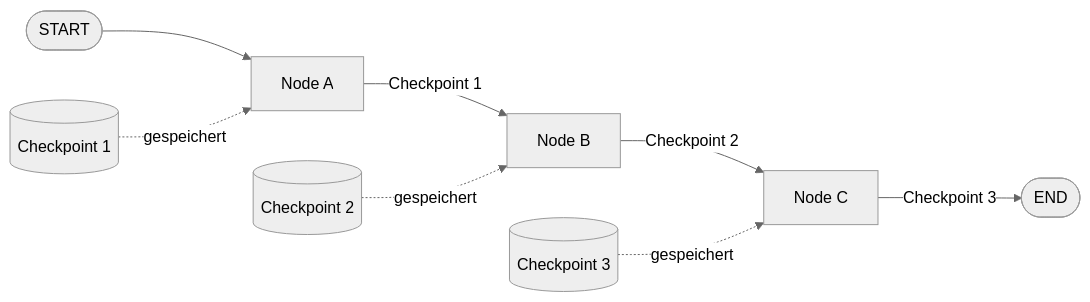
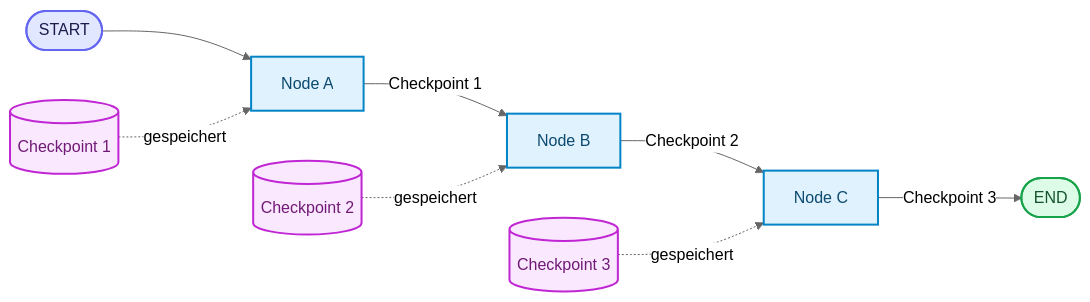
Before and after one commit to ralf-42/Agenten: the first of 3 diagrams in docs/04-agenten-implementierung/ablauf-zustand/checkpointing-persistenz.md, drawn with Mermaid (neutral theme). The commit also changed other lines of this file and 18 other files, not shown here.

````diff
--- a/docs/04-agenten-implementierung/ablauf-zustand/checkpointing-persistenz.md
+++ b/docs/04-agenten-implementierung/ablauf-zustand/checkpointing-persistenz.md
@@ -44,11 +44,20 @@
 ```mermaid
 flowchart LR
     S([START]) --> N1[Node A]
     N1 -->|Checkpoint 1| N2[Node B]
     N2 -->|Checkpoint 2| N3[Node C]
     N3 -->|Checkpoint 3| E([END])
 
     CP1[(Checkpoint 1)] -.->|gespeichert| N1
     CP2[(Checkpoint 2)] -.->|gespeichert| N2
     CP3[(Checkpoint 3)] -.->|gespeichert| N3
+
+    classDef default fill:#e0f2fe,stroke:#0284c7,stroke-width:2px,color:#0c4a6e;
+    classDef input fill:#e0e7ff,stroke:#6366f1,stroke-width:2px,color:#1e1b4b;
+    classDef output fill:#dcfce7,stroke:#16a34a,stroke-width:2px,color:#14532d;
+    classDef target fill:#fae8ff,stroke:#c026d3,stroke-width:2px,color:#701a75;
+
+    class S input;
+    class E output;
+    class CP1,CP2,CP3 target;
 ```
````
